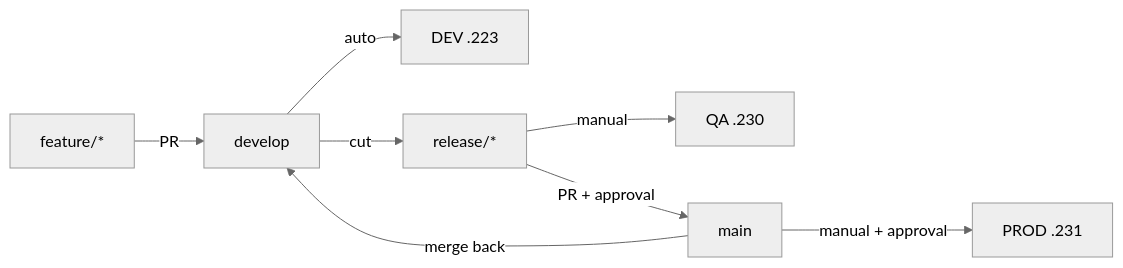
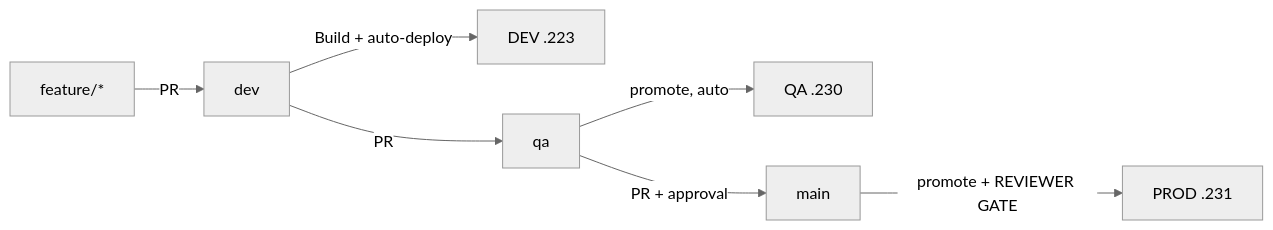
One commit to rthway/odoo-platform changed the diagram in docs/git-workflow.md. Above: the diagram before and after it, drawn with Mermaid (neutral theme). The commit also changed other lines of this file and 11 other files, not shown here.

First line of the commit message:
feat: one branch per environment, dev -> qa -> main

````diff
--- a/docs/git-workflow.md
+++ b/docs/git-workflow.md
@@ -20,10 +40,9 @@
 ```mermaid
 flowchart LR
-    F["feature/*"] -->|PR| DEVL[develop]
-    DEVL -->|auto| DEV[DEV .223]
-    DEVL -->|cut| REL["release/*"]
-    REL -->|manual| QA[QA .230]
-    REL -->|PR + approval| MAIN[main]
-    MAIN -->|manual + approval| PROD[PROD .231]
-    MAIN -->|merge back| DEVL
+    F["feature/*"] -->|PR| D[dev]
+    D -->|Build + auto-deploy| DEV[DEV .223]
+    D -->|PR| Q[qa]
+    Q -->|promote, auto| QA[QA .230]
+    Q -->|PR + approval| M[main]
+    M -->|promote + REVIEWER GATE| P[PROD .231]
 ```
````
